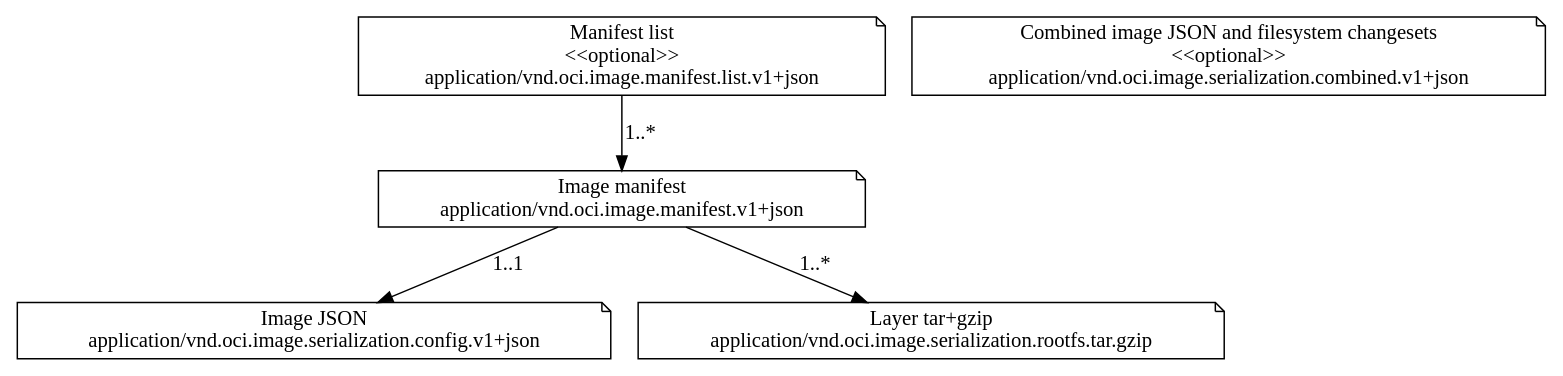
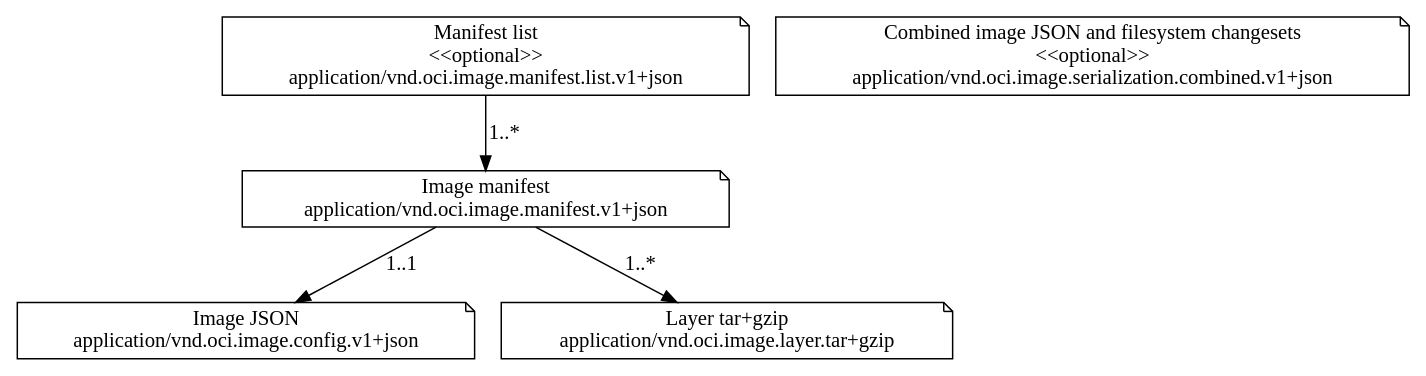
The diagram in img/media-types.dot (dattgoswami9lk5g/bremlinr), drawn with Graphviz before and after one commit. The commit also changed 13 other files, not shown here.

```diff
--- a/img/media-types.dot
+++ b/img/media-types.dot
@@ -1,14 +1,14 @@
 digraph G {
   {
     manifestList [shape=note, label="Manifest list\n<<optional>>\napplication/vnd.oci.image.manifest.list.v1+json"]
     manifest [shape=note, label="Image manifest\napplication/vnd.oci.image.manifest.v1+json"]
-    config [shape=note, label="Image JSON\napplication/vnd.oci.image.serialization.config.v1+json"]
-    layer [shape=note, label="Layer tar+gzip\napplication/vnd.oci.image.serialization.rootfs.tar.gzip"]
+    config [shape=note, label="Image JSON\napplication/vnd.oci.image.config.v1+json"]
+    layer [shape=note, label="Layer tar+gzip\napplication/vnd.oci.image.layer.tar+gzip"]
     combined [shape=note, label="Combined image JSON and filesystem changesets\n<<optional>>\napplication/vnd.oci.image.serialization.combined.v1+json"]
   }
 
   manifestList -> manifest [label="1..*"]
   manifest -> config [label="1..1"]
   manifest -> layer [label="1..*"]
   combined
 }
```
